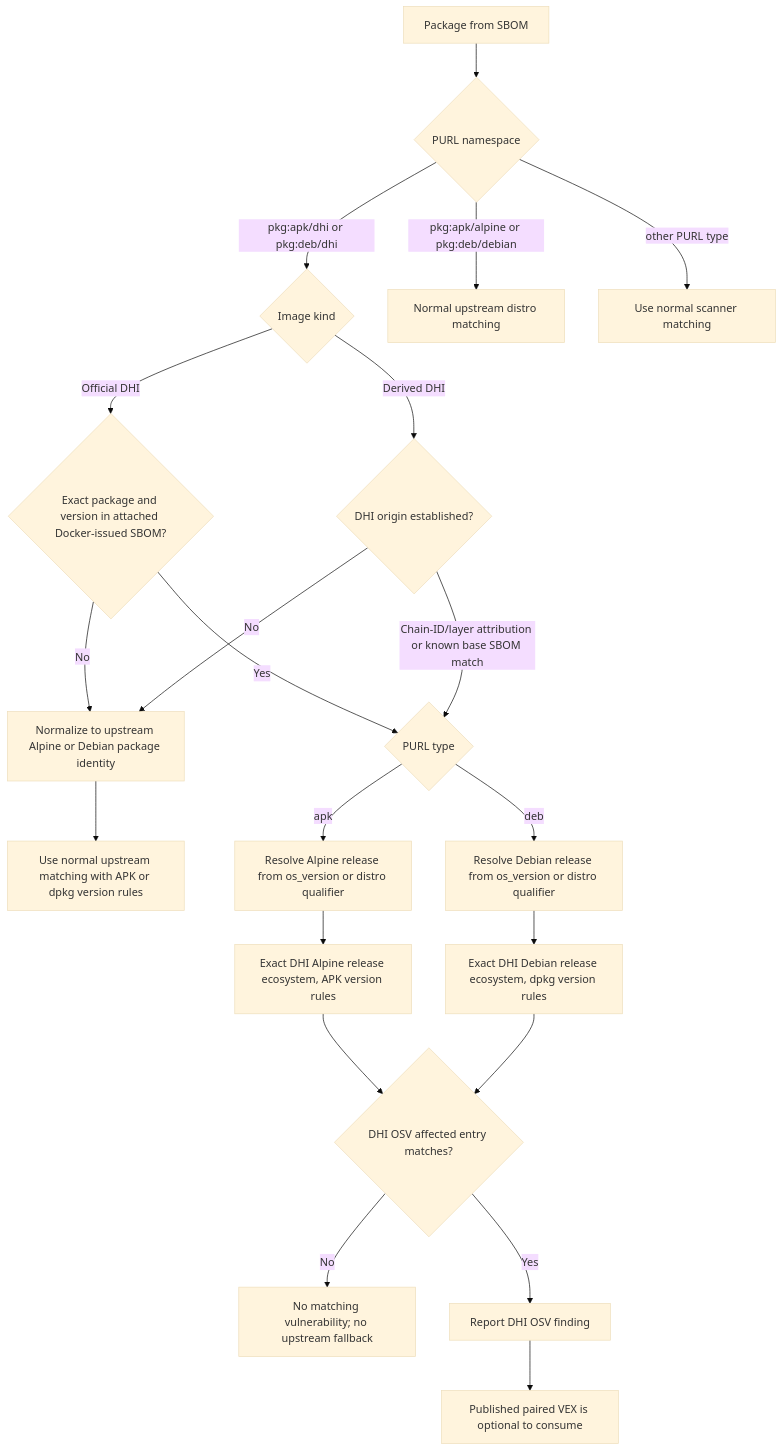
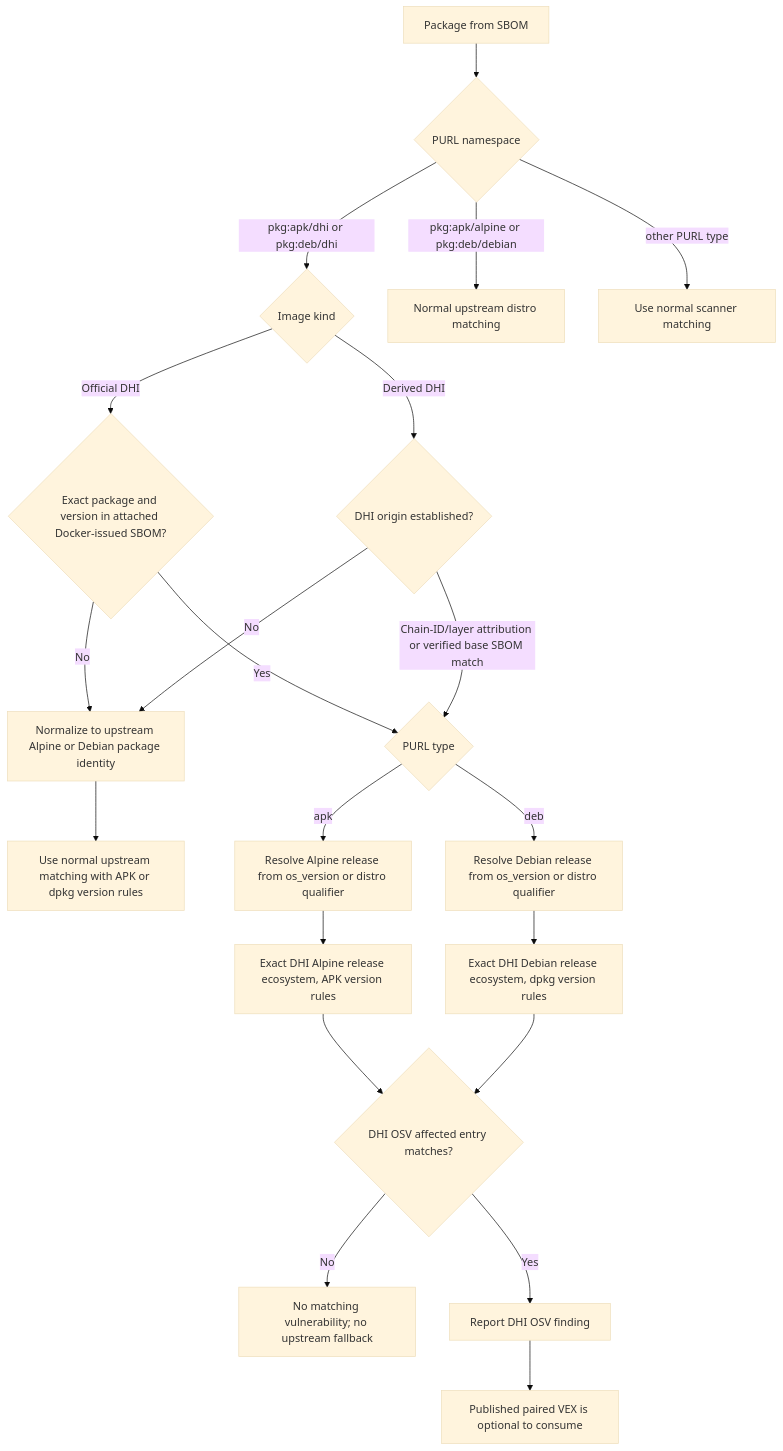
Before and after one commit to docker-hardened-images/advisories: the second of 4 diagrams in integration/upcoming-id-dhi/docs/decision-trees.md, drawn with Mermaid (base theme). The commit also changed other lines of this file and 11 other files, not shown here.

````diff
--- a/integration/upcoming-id-dhi/docs/decision-trees.md
+++ b/integration/upcoming-id-dhi/docs/decision-trees.md
@@ -18,23 +18,23 @@
 ```mermaid
 flowchart TD
   A[Package from SBOM] --> B{PURL namespace}
   B -->|pkg:apk/dhi or pkg:deb/dhi| C{Image kind}
   B -->|pkg:apk/alpine or pkg:deb/debian| E[Normal upstream distro matching]
   B -->|other PURL type| F[Use normal scanner matching]
   C -->|Official DHI| M{Exact package and version in attached Docker-issued SBOM?}
   C -->|Derived DHI| N{DHI origin established?}
   M -->|No| J[Normalize to upstream Alpine or Debian package identity]
   M -->|Yes| D{PURL type}
   N -->|No| J
-  N -->|Chain-ID/layer attribution or known base SBOM match| D
+  N -->|Chain-ID/layer attribution or verified base SBOM match| D
   J --> R[Use normal upstream matching with APK or dpkg version rules]
   D -->|apk| K[Resolve Alpine release from os_version or distro qualifier]
   D -->|deb| L[Resolve Debian release from os_version or distro qualifier]
   K --> G[Exact DHI Alpine release ecosystem, APK version rules]
   L --> H[Exact DHI Debian release ecosystem, dpkg version rules]
   G --> O{DHI OSV affected entry matches?}
   H --> O
   O -->|No| P[No matching vulnerability; no upstream fallback]
   O -->|Yes| I[Report DHI OSV finding]
   I --> Q[Published paired VEX is optional to consume]
 ```
````
